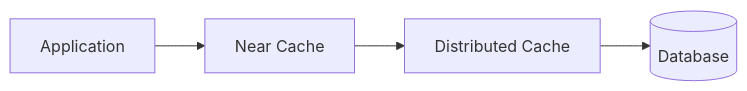
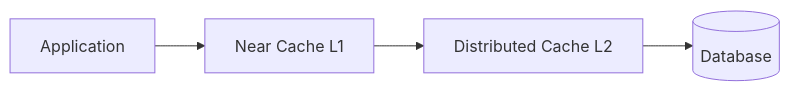
Before and after one commit to hareramcse/SystemDesign: diagram 12 of 20 in 03-caching/README.md, drawn with Mermaid. The commit also changed other lines of this file and 14 other files, not shown here.

````diff
--- a/03-caching/README.md
+++ b/03-caching/README.md
@@ -444,4 +773,4 @@
 ```mermaid
 flowchart LR
-    App[Application] --> L1[Near Cache] --> L2[Distributed Cache] --> DB[(Database)]
+    App[Application] --> L1[Near Cache L1] --> L2[Distributed Cache L2] --> DB[(Database)]
 ```
````
